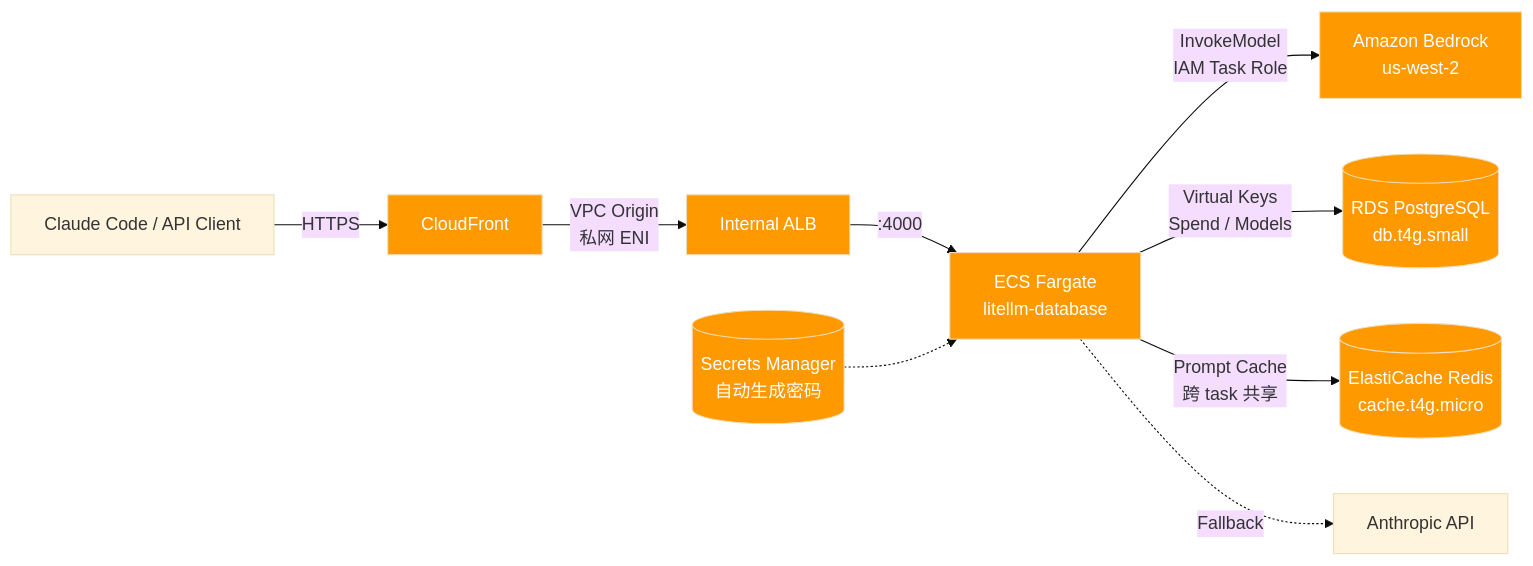
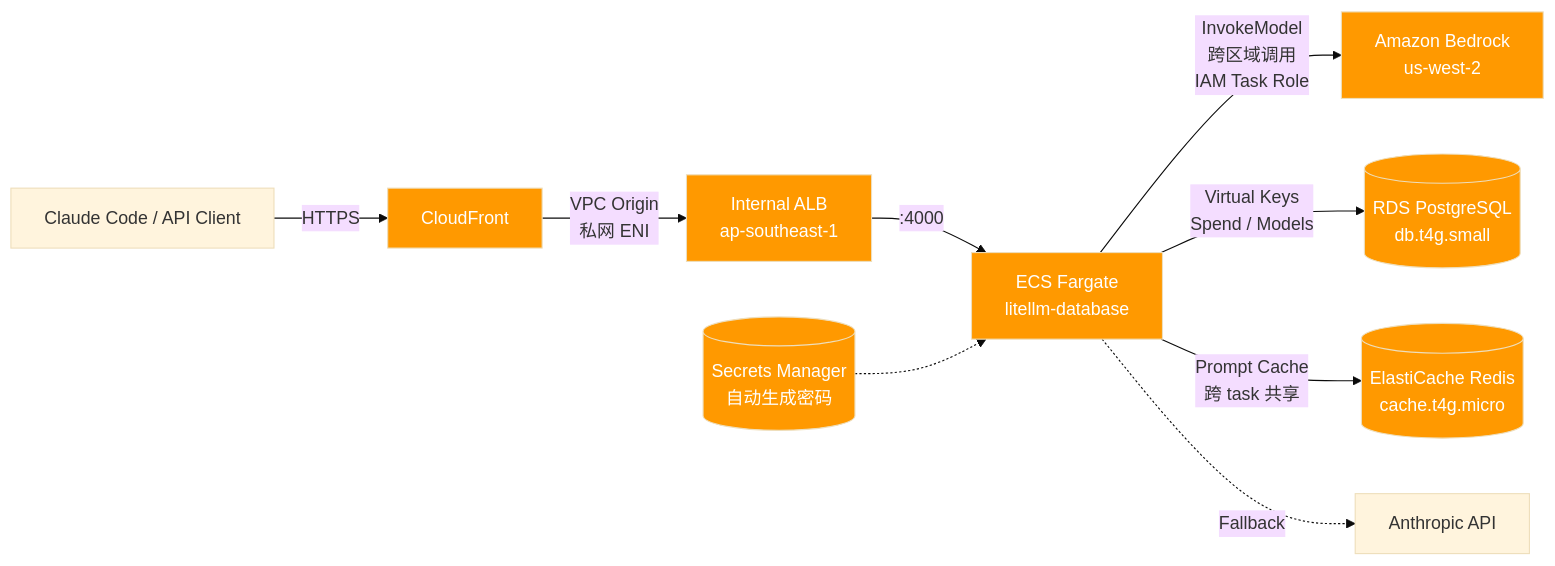
One commit to superyhee/litellm-bedrock-iac changed the diagram in README.zh-CN.md. Above: the diagram before and after it, drawn with Mermaid (base theme). The commit also changed other lines of this file and 6 other files, not shown here.

````diff
--- a/README.zh-CN.md
+++ b/README.zh-CN.md
@@ -9,14 +11,14 @@
 ```mermaid
 graph LR
     Dev[Claude Code / API Client] -->|HTTPS| CF[CloudFront]
-    CF -->|VPC Origin<br/>私网 ENI| ALB[Internal ALB]
+    CF -->|VPC Origin<br/>私网 ENI| ALB[Internal ALB<br/>ap-southeast-1]
     ALB -->|:4000| ECS[ECS Fargate<br/>litellm-database]
-    ECS -->|InvokeModel<br/>IAM Task Role| BR[Amazon Bedrock<br/>us-west-2]
+    ECS -->|InvokeModel<br/>跨区域调用<br/>IAM Task Role| BR[Amazon Bedrock<br/>us-west-2]
     ECS -->|Virtual Keys<br/>Spend / Models| RDS[(RDS PostgreSQL<br/>db.t4g.small)]
     ECS -->|Prompt Cache<br/>跨 task 共享| Redis[(ElastiCache Redis<br/>cache.t4g.micro)]
     ECS -.->|Fallback| AN[Anthropic API]
     SM[(Secrets Manager<br/>自动生成密码)] -.-> ECS
 
     classDef aws fill:#FF9900,color:#fff
     class CF,ALB,ECS,BR,SM,RDS,Redis aws
 ```
````
